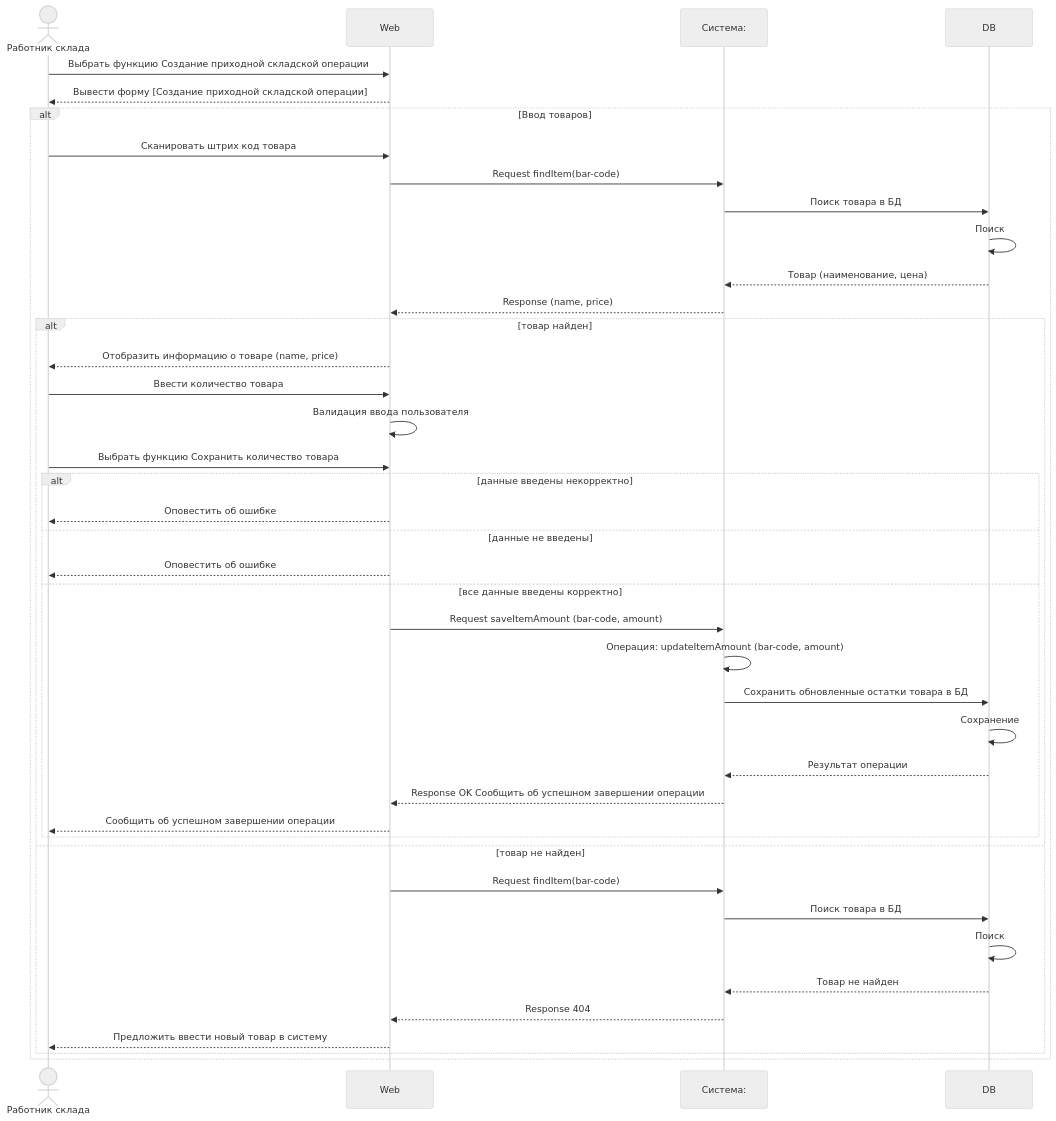
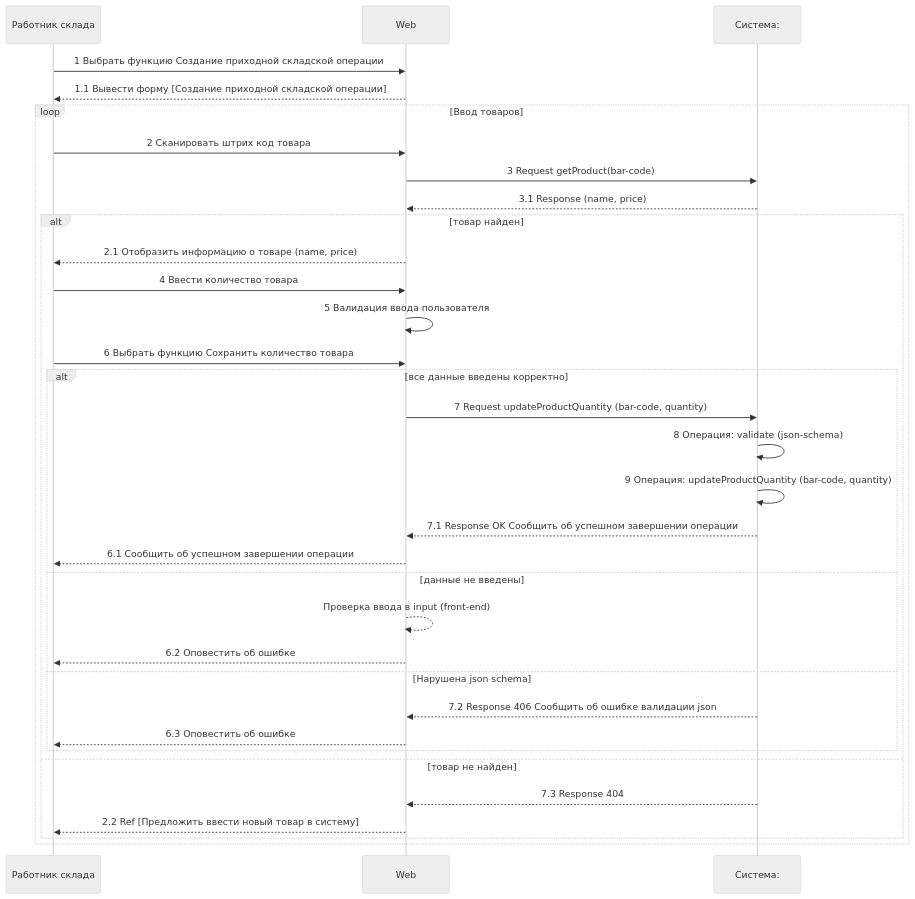
The first of 2 diagrams in api-warehouse/DraftReadme.md (PortnovAlex80/node_js_pro), drawn with Mermaid (neutral theme) before and after one commit. The commit also changed other lines of this file, not shown here.

````diff
--- a/api-warehouse/DraftReadme.md
+++ b/api-warehouse/DraftReadme.md
@@ -1,48 +7,38 @@
 ```mermaid
 sequenceDiagram
-actor R as Работник склада
+participant R as Работник склада
 participant W as Web
 participant S as Система:
-participant D as DB
 
+R ->> W: 1 Выбрать функцию Создание приходной складской операции
+W -->> R: 1.1 Вывести форму [Создание приходной складской операции]
 
-
-R ->> W: Выбрать функцию Создание приходной складской операции
-W -->> R: Вывести форму [Создание приходной складской операции]
-
-alt Ввод товаров
-R ->> W: Сканировать штрих код товара
-W ->> S: Request findItem(bar-code)
-S ->> D: Поиск товара в БД
-D ->> D: Поиск
-D -->> S: Товар (наименование, цена)
-S -->> W: Response (name, price)
+loop Ввод товаров
+R ->> W: 2 Сканировать штрих код товара
+W ->> S: 3 Request getProduct(bar-code)
+S -->> W: 3.1 Response (name, price)
 
  alt товар найден
-	W -->> R: Отобразить информацию о товаре (name, price)
-    R ->> W: Ввести количество товара
-	W ->> W: Валидация ввода пользователя
-    R ->> W: Выбрать функцию Сохранить количество товара
-    alt данные введены некорректно
-        W -->> R: Оповестить об ошибке
+	W -->> R: 2.1 Отобразить информацию о товаре (name, price)
+    R ->> W: 4 Ввести количество товара
+	W ->> W: 5 Валидация ввода пользователя
+    R ->> W: 6 Выбрать функцию Сохранить количество товара
+    alt все данные введены корректно  
+        W ->> S: 7 Request updateProductQuantity (bar-code, quantity)
+		S ->> S: 8 Операция: validate (json-schema)
+        S ->> S: 9 Операция: updateProductQuantity (bar-code, quantity)
+		S -->> W: 7.1 Response OK Сообщить об успешном завершении операции
+        W -->> R: 6.1 Сообщить об успешном завершении операции
     else данные не введены
-        W -->> R: Оповестить об ошибке
-    else все данные введены корректно
-        W ->> S: Request saveItemAmount (bar-code, amount)
-        S ->> S: Операция: updateItemAmount (bar-code, amount)
-        S ->> D: Сохранить обновленные остатки товара в БД
-			D ->> D: Сохранение
-			D -->> S: Результат операции
-		S -->> W: Response OK Сообщить об успешном завершении операции
-        W -->> R: Сообщить об успешном завершении операции
+	    W -->> W: Проверка ввода в input (front-end)
+        W -->> R: 6.2 Оповестить об ошибке
+    else Нарушена json schema
+    	S -->> W: 7.2 Response 406 Сообщить об ошибке валидации json
+        W -->> R: 6.3 Оповестить об ошибке
     end
 else товар не найден
-	W ->> S: Request findItem(bar-code)
-		S ->> D: Поиск товара в БД
-		D ->> D: Поиск
-		D -->> S: Товар не найден
-	S -->> W: Response 404
-    W -->> R: Предложить ввести новый товар в систему
+	S -->> W: 7.3 Response 404
+    W -->> R: 2.2 Ref [Предложить ввести новый товар в систему]
 end
 end
 ```
````
